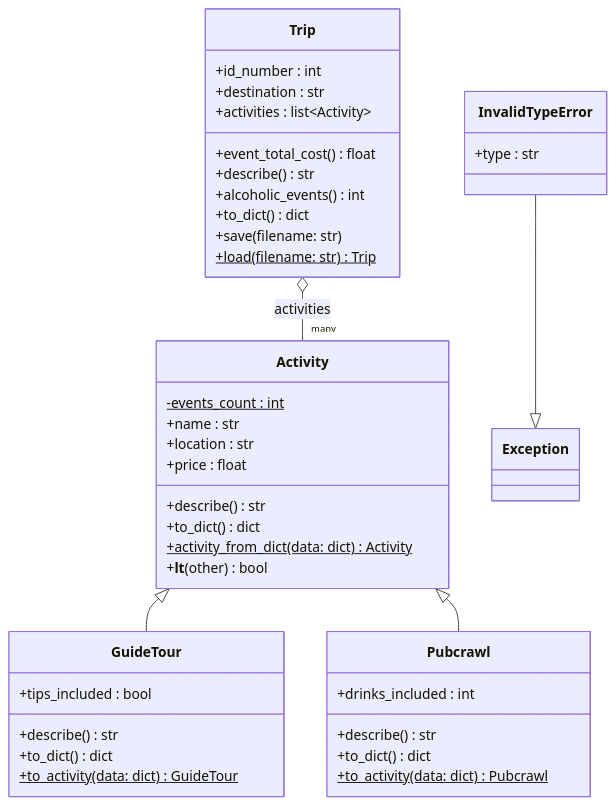
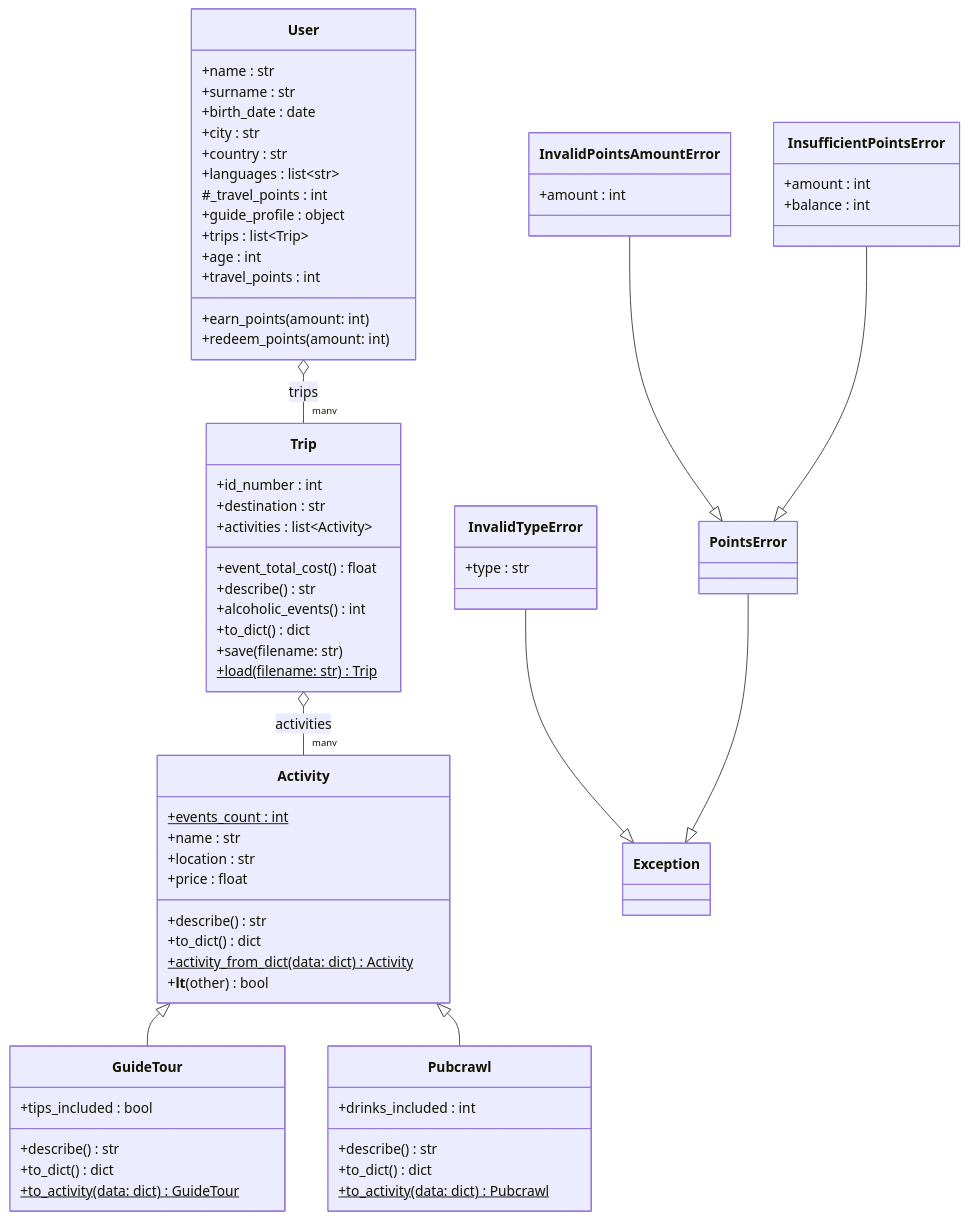
Before and after one commit to hibridus92-star/Travel-Go: the diagram in docs/class_diagram.md, drawn with Mermaid. The commit also changed other lines of this file, not shown here.

Commit message:
Update class diagram with User and points exceptions

````diff
--- a/docs/class_diagram.md
+++ b/docs/class_diagram.md
@@ -5,48 +5,79 @@
 ```mermaid
 classDiagram
     class Activity {
-        -events_count : int$
+        +events_count : int$
         +name : str
         +location : str
         +price : float
         +describe() str
         +to_dict() dict
         +activity_from_dict(data: dict)$ Activity
         +__lt__(other) bool
     }
 
     class GuideTour {
         +tips_included : bool
         +describe() str
         +to_dict() dict
         +to_activity(data: dict)$ GuideTour
     }
 
     class Pubcrawl {
         +drinks_included : int
         +describe() str
         +to_dict() dict
         +to_activity(data: dict)$ Pubcrawl
     }
 
     class Trip {
         +id_number : int
         +destination : str
         +activities : list~Activity~
         +event_total_cost() float
         +describe() str
         +alcoholic_events() int
         +to_dict() dict
         +save(filename: str)
         +load(filename: str)$ Trip
     }
 
+    class User {
+        +name : str
+        +surname : str
+        +birth_date : date
+        +city : str
+        +country : str
+        +languages : list~str~
+        #_travel_points : int
+        +guide_profile : object
+        +trips : list~Trip~
+        +age : int
+        +travel_points : int
+        +earn_points(amount: int)
+        +redeem_points(amount: int)
+    }
+
     class InvalidTypeError {
         +type : str
+    }
+
+    class PointsError
+
+    class InvalidPointsAmountError {
+        +amount : int
+    }
+
+    class InsufficientPointsError {
+        +amount : int
+        +balance : int
     }
 
     Activity <|-- GuideTour
     Activity <|-- Pubcrawl
     Trip o-- "many" Activity : activities
+    User o-- "many" Trip : trips
     InvalidTypeError --|> Exception
+    PointsError --|> Exception
+    InvalidPointsAmountError --|> PointsError
+    InsufficientPointsError --|> PointsError
 ```
````
